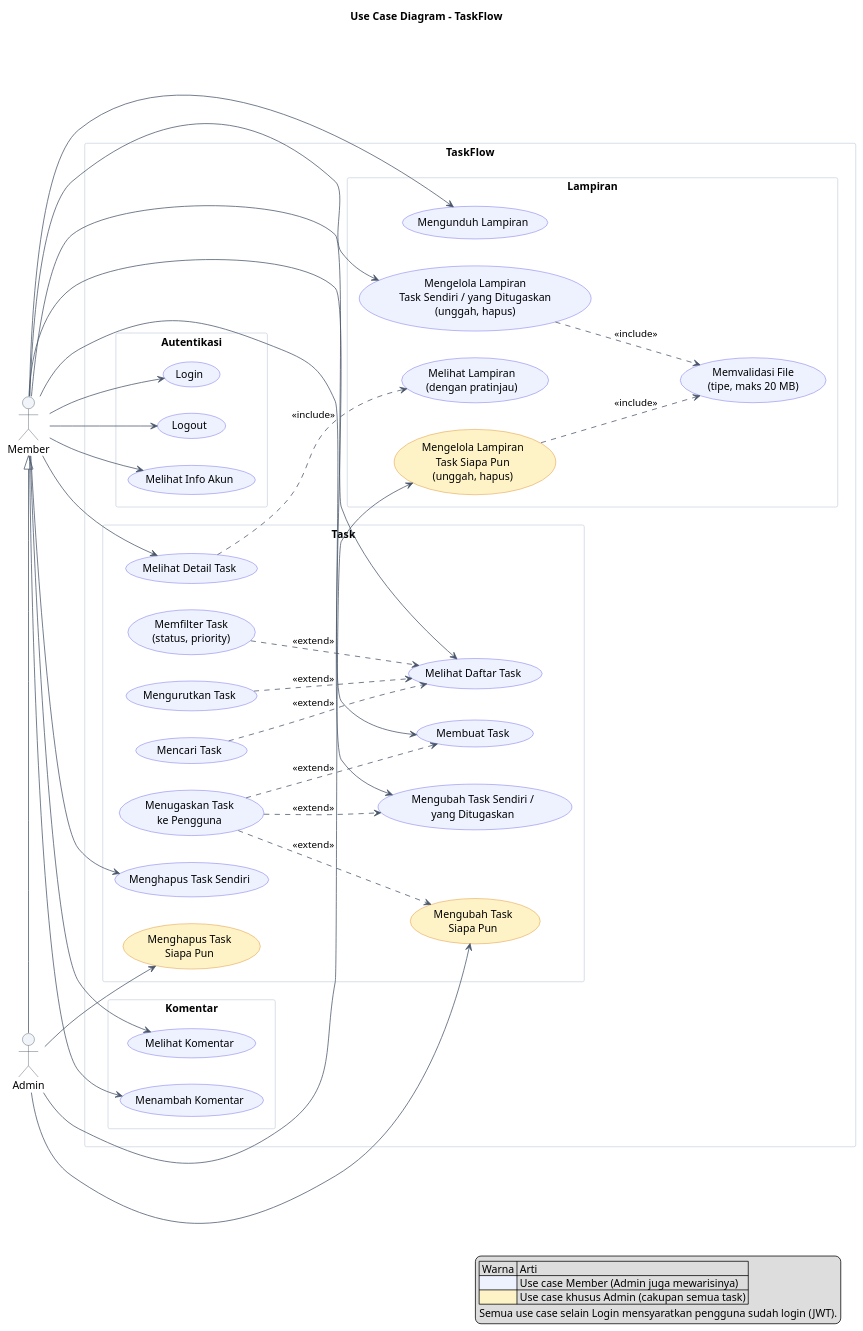
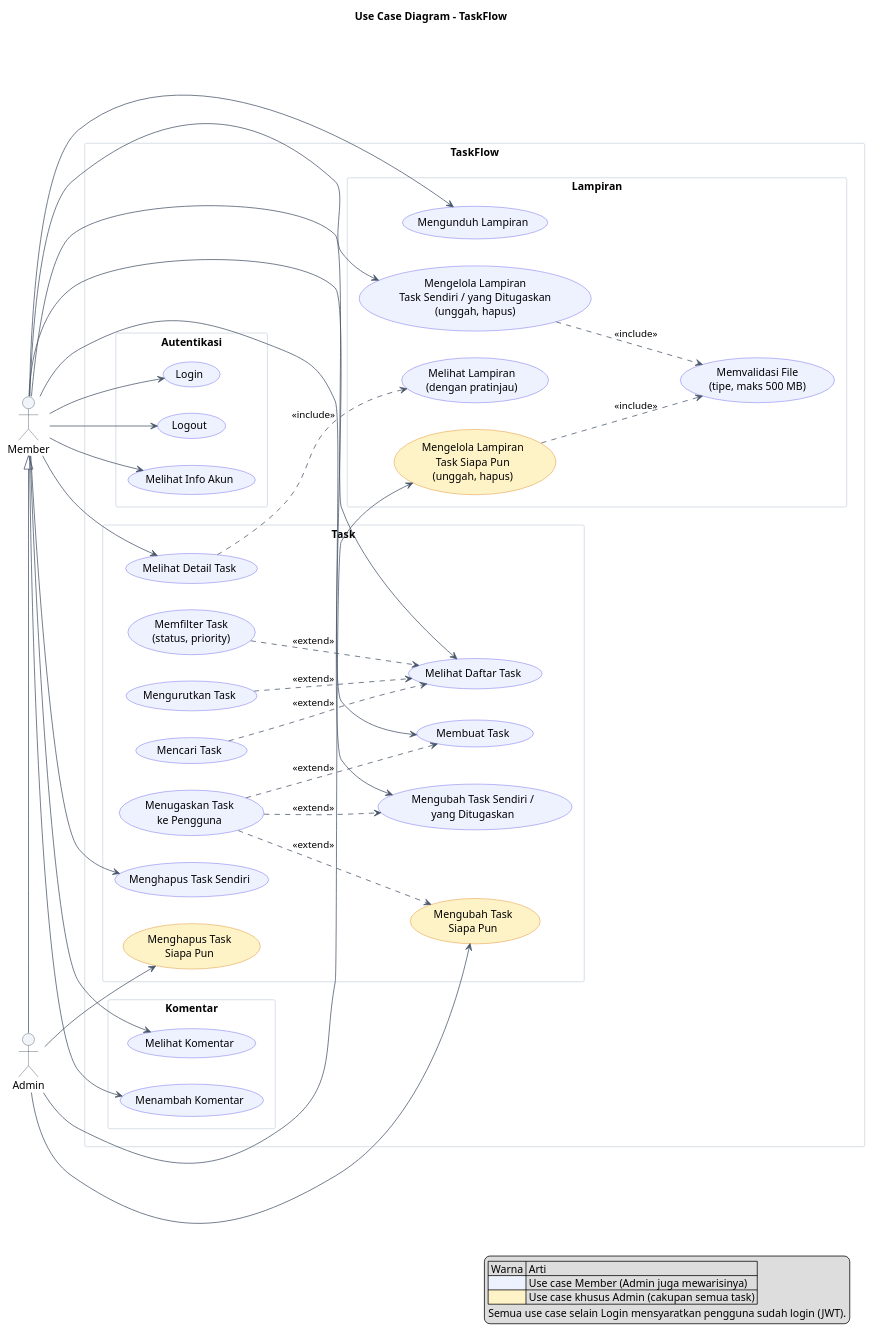
Before and after one commit to wisnuprjt/taskflow: the diagram in documentation/diagrams/use-case.puml, drawn with PlantUML. The commit also changed 8 other files, not shown here.

```diff
--- a/documentation/diagrams/use-case.puml
+++ b/documentation/diagrams/use-case.puml
@@ -1,110 +1,110 @@
 @startuml use-case
 ' Use Case Diagram - TaskFlow (Task Management Platform)
 ' Only features implemented in the code are drawn here.
 ' See documentation/use-case.md for the use case table and excluded features.
 
 left to right direction
 skinparam shadowing false
 skinparam packageStyle rectangle
 skinparam defaultFontName Arial
 skinparam ArrowColor #475569
 skinparam ActorBorderColor #334155
 skinparam ActorBackgroundColor #F1F5F9
 skinparam usecase {
   BackgroundColor #EEF2FF
   BorderColor #4F46E5
 }
 skinparam usecase<<admin>> {
   BackgroundColor #FEF3C7
   BorderColor #D97706
 }
 skinparam package {
   BackgroundColor #FFFFFF
   BorderColor #CBD5E1
 }
 hide stereotype
 
 title Use Case Diagram - TaskFlow
 
 actor "Member" as Member
 actor "Admin" as Admin
 
 ' Admin inherits every Member use case
 Member <|- Admin
 
 rectangle "TaskFlow" {
 
   package "Autentikasi" {
     usecase "Login" as UC01
     usecase "Logout" as UC02
     usecase "Melihat Info Akun" as UC03
   }
 
   package "Task" {
     usecase "Melihat Daftar Task" as UC04
     usecase "Mencari Task" as UC05
     usecase "Memfilter Task\n(status, priority)" as UC06
     usecase "Mengurutkan Task" as UC07
     usecase "Melihat Detail Task" as UC08
     usecase "Membuat Task" as UC09
     usecase "Menugaskan Task\nke Pengguna" as UC10
     usecase "Mengubah Task Sendiri /\nyang Ditugaskan" as UC11
     usecase "Mengubah Task\nSiapa Pun" as UC12 <<admin>>
     usecase "Menghapus Task Sendiri" as UC13
     usecase "Menghapus Task\nSiapa Pun" as UC14 <<admin>>
   }
 
   package "Lampiran" {
     usecase "Melihat Lampiran\n(dengan pratinjau)" as UC15
     usecase "Mengunduh Lampiran" as UC16
     usecase "Mengelola Lampiran\nTask Sendiri / yang Ditugaskan\n(unggah, hapus)" as UC17
     usecase "Mengelola Lampiran\nTask Siapa Pun\n(unggah, hapus)" as UC18 <<admin>>
-    usecase "Memvalidasi File\n(tipe, maks 20 MB)" as UC19
+    usecase "Memvalidasi File\n(tipe, maks 500 MB)" as UC19
   }
 
   package "Komentar" {
     usecase "Melihat Komentar" as UC20
     usecase "Menambah Komentar" as UC21
   }
 }
 
 ' --- Member ---
 Member --> UC01
 Member --> UC02
 Member --> UC03
 Member --> UC04
 Member --> UC08
 Member --> UC09
 Member --> UC11
 Member --> UC13
 Member --> UC16
 Member --> UC17
 Member --> UC20
 Member --> UC21
 
 ' --- Admin (scope: all tasks) ---
 Admin --> UC12
 Admin --> UC14
 Admin --> UC18
 
 ' --- extend: optional behaviour ---
 UC05 ..> UC04 : <<extend>>
 UC06 ..> UC04 : <<extend>>
 UC07 ..> UC04 : <<extend>>
 UC10 ..> UC09 : <<extend>>
 UC10 ..> UC11 : <<extend>>
 UC10 ..> UC12 : <<extend>>
 
 ' --- include: always happens ---
 UC08 ..> UC15 : <<include>>
 UC17 ..> UC19 : <<include>>
 UC18 ..> UC19 : <<include>>
 
 legend right
   | Warna | Arti |
   |<#EEF2FF> | Use case Member (Admin juga mewarisinya) |
   |<#FEF3C7> | Use case khusus Admin (cakupan semua task) |
   Semua use case selain Login mensyaratkan pengguna sudah login (JWT).
 endlegend
 
 @enduml
```
